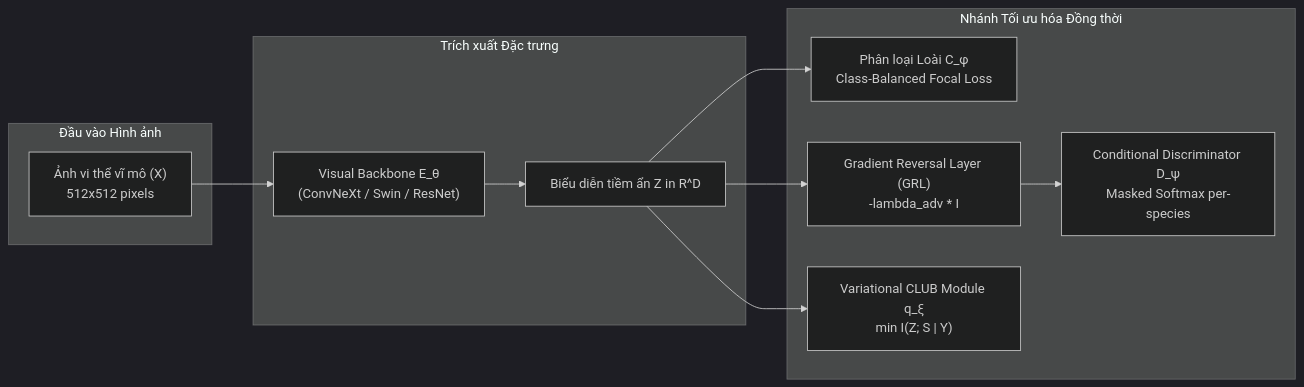
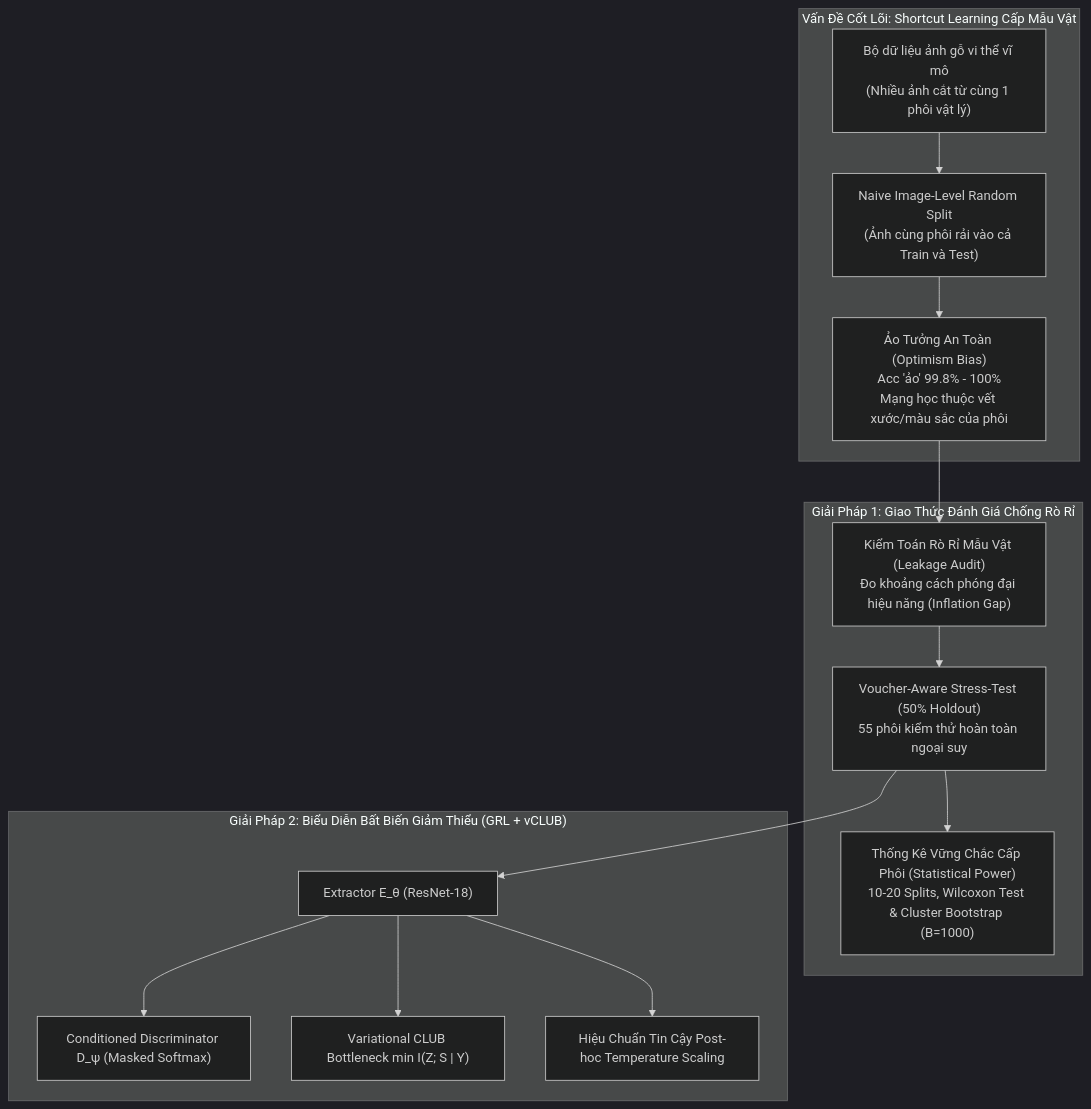
The diagram in 03_research_paper_specimen_invariance/README.md (vietanhlee/S3), drawn with Mermaid (dark theme) before and after one commit. The commit also changed other lines of this file and 4 other files, not shown here.

Commit message:
feat(direction3): implement specimen leakage audit, 10-split statistical power with Wilcoxon and cluster bootstrap, and re-frame report

````diff
--- a/03_research_paper_specimen_invariance/README.md
+++ b/03_research_paper_specimen_invariance/README.md
@@ -15,23 +17,28 @@
 ```mermaid
-flowchart LR
-    subgraph Input["Đầu vào Hình ảnh"]
-        X["Ảnh vi thể vĩ mô (X)<br/>512x512 pixels"]
+flowchart TD
+    subgraph Problem["Vấn Đề Cốt Lõi: Shortcut Learning Cấp Mẫu Vật"]
+        A["Bộ dữ liệu ảnh gỗ vi thể vĩ mô<br/>(Nhiều ảnh cắt từ cùng 1 phôi vật lý)"]
+        B["Naive Image-Level Random Split<br/>(Ảnh cùng phôi rải vào cả Train và Test)"]
+        C["Ảo Tưởng An Toàn (Optimism Bias)<br/>Acc 'ảo' 99.8% - 100%<br/>Mạng học thuộc vết xước/màu sắc của phôi"]
+        A --> B --> C
     end
 
-    subgraph Backbone["Trích xuất Đặc trưng"]
-        E["Visual Backbone E_θ<br/>(ConvNeXt / Swin / ResNet)"]
-        Z["Biểu diễn tiềm ẩn Z in R^D"]
-        X --> E --> Z
+    subgraph Audit["Giải Pháp 1: Giao Thức Đánh Giá Chống Rò Rỉ"]
+        D["Kiểm Toán Rò Rỉ Mẫu Vật (Leakage Audit)<br/>Đo khoảng cách phóng đại hiệu năng (Inflation Gap)"]
+        E["Voucher-Aware Stress-Test (50% Holdout)<br/>55 phôi kiểm thử hoàn toàn ngoại suy"]
+        F["Thống Kê Vững Chắc Cấp Phôi (Statistical Power)<br/>10-20 Splits, Wilcoxon Test & Cluster Bootstrap (B=1000)"]
+        C --> D
+        D --> E --> F
     end
 
-    subgraph Heads["Nhánh Tối ưu hóa Đồng thời"]
-        C["Phân loại Loài C_φ<br/>Class-Balanced Focal Loss"]
-        GRL["Gradient Reversal Layer (GRL)<br/>-lambda_adv * I"]
-        D["Conditional Discriminator D_ψ<br/>Masked Softmax per-species"]
-        CLUB["Variational CLUB Module q_ξ<br/>min I(Z; S | Y)"]
-
-        Z --> C
-        Z --> GRL --> D
-        Z --> CLUB
+    subgraph Mitigation["Giải Pháp 2: Biểu Diễn Bất Biến Giảm Thiểu (GRL + vCLUB)"]
+        G["Extractor E_θ (ResNet-18)"]
+        H["Conditioned Discriminator D_ψ (Masked Softmax)"]
+        I["Variational CLUB Bottleneck min I(Z; S | Y)"]
+        J["Hiệu Chuẩn Tin Cậy Post-hoc Temperature Scaling"]
+        E --> G
+        G --> H
+        G --> I
+        G --> J
     end
 ```
````
